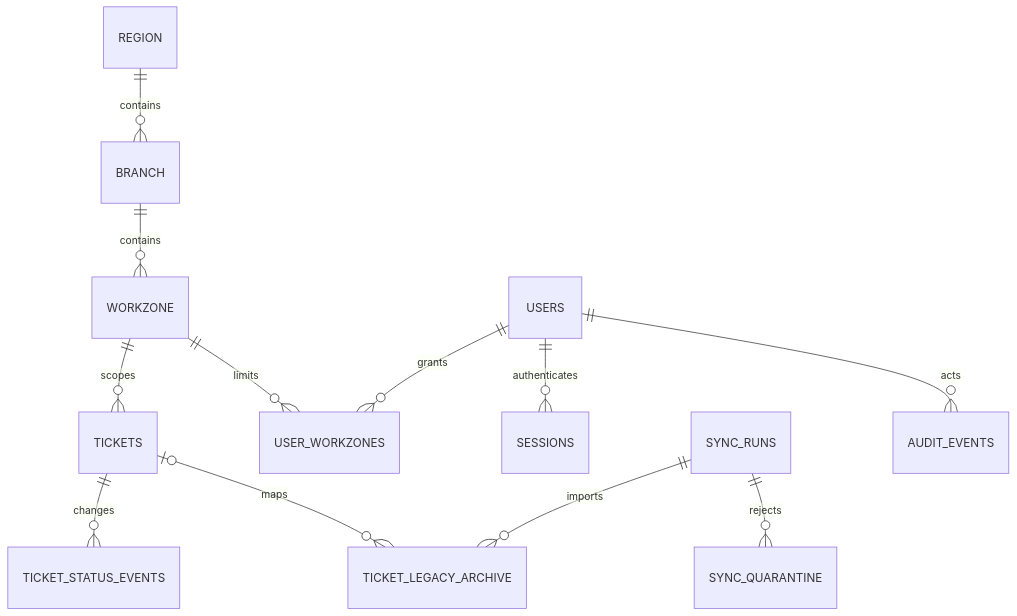
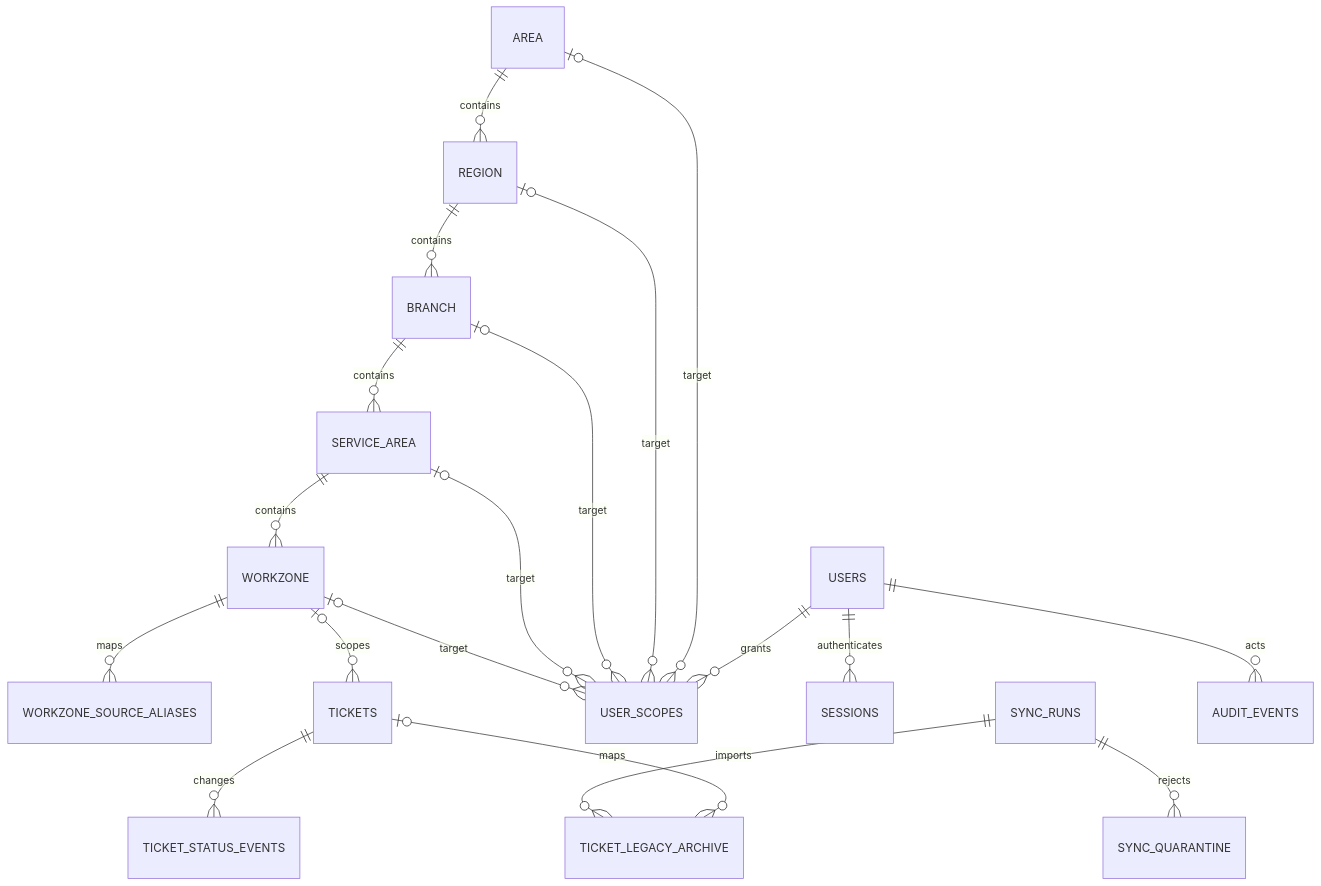
The diagram in docs/Database.md (aufardp/dompis-v3), drawn with Mermaid before and after one commit. The commit also changed other lines of this file and 67 other files, not shown here.

````diff
--- a/docs/Database.md
+++ b/docs/Database.md
@@ -6,14 +10,21 @@
 ```mermaid
 erDiagram
+ AREA ||--o{ REGION : contains
  REGION ||--o{ BRANCH : contains
- BRANCH ||--o{ WORKZONE : contains
- WORKZONE ||--o{ TICKETS : scopes
- USERS ||--o{ USER_WORKZONES : grants
- WORKZONE ||--o{ USER_WORKZONES : limits
+ BRANCH ||--o{ SERVICE_AREA : contains
+ SERVICE_AREA ||--o{ WORKZONE : contains
+ WORKZONE ||--o{ WORKZONE_SOURCE_ALIASES : maps
+ WORKZONE o|--o{ TICKETS : scopes
+ USERS ||--o{ USER_SCOPES : grants
+ AREA o|--o{ USER_SCOPES : target
+ REGION o|--o{ USER_SCOPES : target
+ BRANCH o|--o{ USER_SCOPES : target
+ SERVICE_AREA o|--o{ USER_SCOPES : target
+ WORKZONE o|--o{ USER_SCOPES : target
  USERS ||--o{ SESSIONS : authenticates
  TICKETS ||--o{ TICKET_STATUS_EVENTS : changes
  TICKETS o|--o{ TICKET_LEGACY_ARCHIVE : maps
  SYNC_RUNS ||--o{ TICKET_LEGACY_ARCHIVE : imports
  SYNC_RUNS ||--o{ SYNC_QUARANTINE : rejects
  USERS ||--o{ AUDIT_EVENTS : acts
 ```
````
